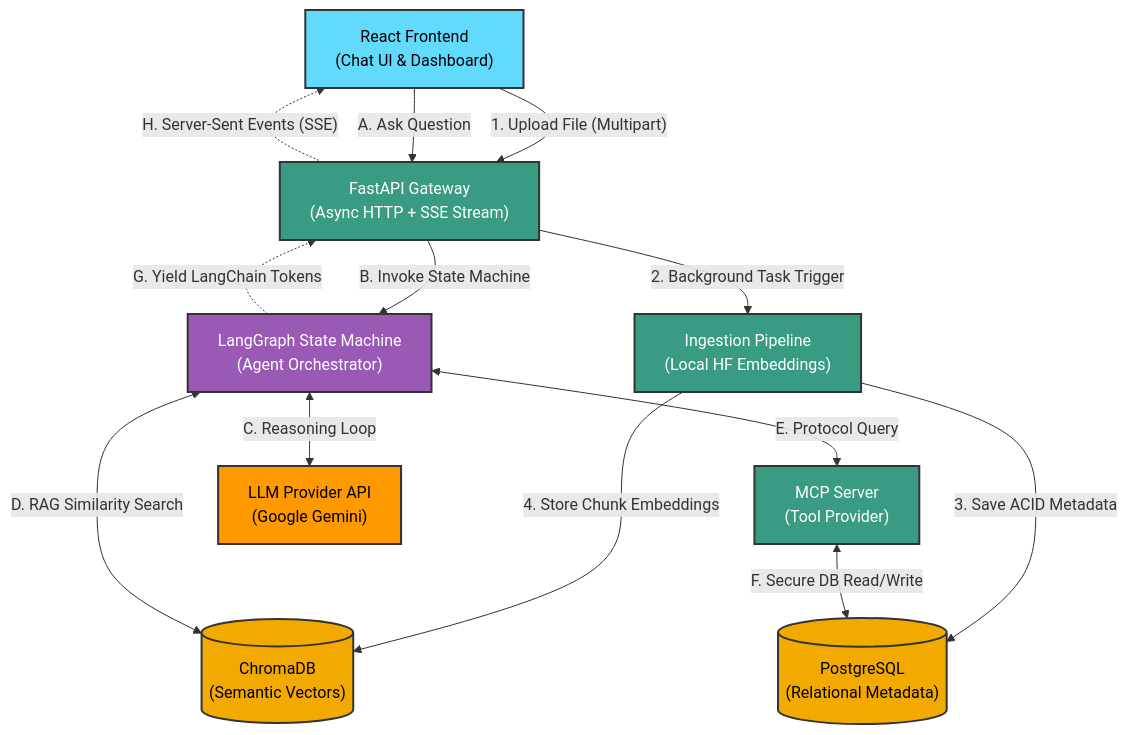
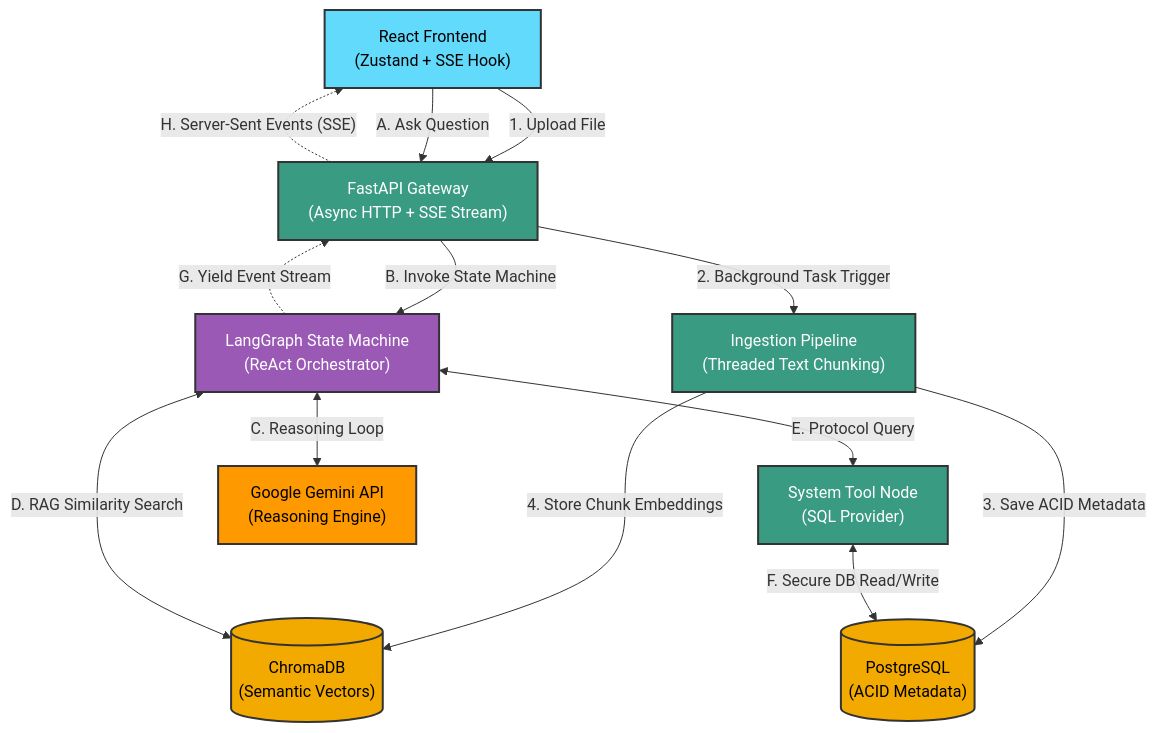
Before and after one commit to TechnoMeter/agentic-document-intelligence-platform: the diagram in readme.md, drawn with Mermaid. The commit also changed other lines of this file, not shown here.

````diff
--- a/readme.md
+++ b/readme.md
@@ -58,40 +58,40 @@
 ```mermaid
 graph TD
     %% Define Node Styles
     classDef frontend fill:#61dafb,stroke:#333,stroke-width:2px,color:#000;
     classDef backend fill:#389b82,stroke:#333,stroke-width:2px,color:#fff;
     classDef db fill:#f2a900,stroke:#333,stroke-width:2px,color:#000;
     classDef external fill:#ff9900,stroke:#333,stroke-width:2px,color:#000;
     classDef agent fill:#9b59b6,stroke:#333,stroke-width:2px,color:#fff;
 
     %% Nodes
-    Client["React Frontend<br/>(Chat UI & Dashboard)"]:::frontend
+    Client["React Frontend<br/>(Zustand + SSE Hook)"]:::frontend
     API["FastAPI Gateway<br/>(Async HTTP + SSE Stream)"]:::backend
-    Worker["Ingestion Pipeline<br/>(Local HF Embeddings)"]:::backend
-    LangGraph["LangGraph State Machine<br/>(Agent Orchestrator)"]:::agent
-    MCPServer["MCP Server<br/>(Tool Provider)"]:::backend
+    Worker["Ingestion Pipeline<br/>(Threaded Text Chunking)"]:::backend
+    LangGraph["LangGraph State Machine<br/>(ReAct Orchestrator)"]:::agent
+    MCPServer["System Tool Node<br/>(SQL Provider)"]:::backend
     
     VectorDB[("ChromaDB<br/>(Semantic Vectors)")]:::db
-    SQL[("PostgreSQL<br/>(Relational Metadata)")]:::db
-    LLM["LLM Provider API<br/>(Google Gemini)"]:::external
+    SQL[("PostgreSQL<br/>(ACID Metadata)")]:::db
+    LLM["Google Gemini API<br/>(Reasoning Engine)"]:::external
 
     %% Edges - Ingestion Flow
-    Client -- "1. Upload File (Multipart)" --> API
+    Client -- "1. Upload File" --> API
     API -- "2. Background Task Trigger" --> Worker
     Worker -- "3. Save ACID Metadata" ---> SQL
     Worker -- "4. Store Chunk Embeddings" ---> VectorDB
 
     %% Edges - Query Flow
     Client -- "A. Ask Question" --> API
     API -- "B. Invoke State Machine" --> LangGraph
     LangGraph <-->|C. Reasoning Loop| LLM
     
     %% Agent Tool Calls
     LangGraph <-->|D. RAG Similarity Search| VectorDB
     LangGraph <-->|E. Protocol Query| MCPServer
     MCPServer <-->|F. Secure DB Read/Write| SQL
     
     %% Streaming Response
-    LangGraph -. "G. Yield LangChain Tokens" .-> API
+    LangGraph -. "G. Yield Event Stream" .-> API
     API -. "H. Server-Sent Events (SSE)" .-> Client
 ```
````
